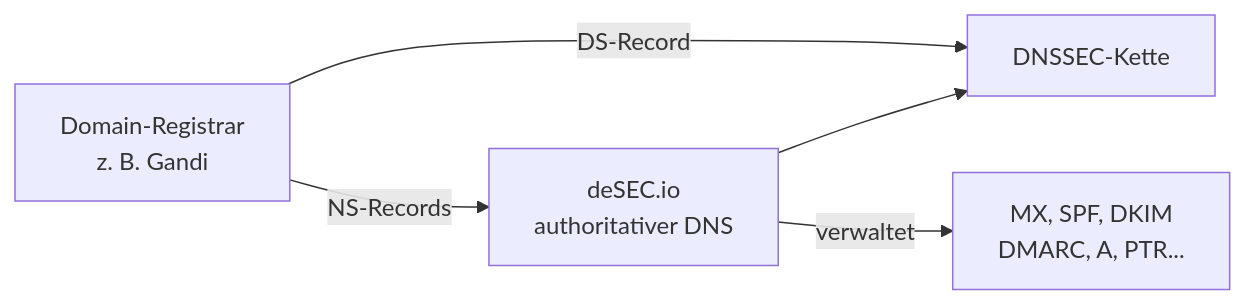
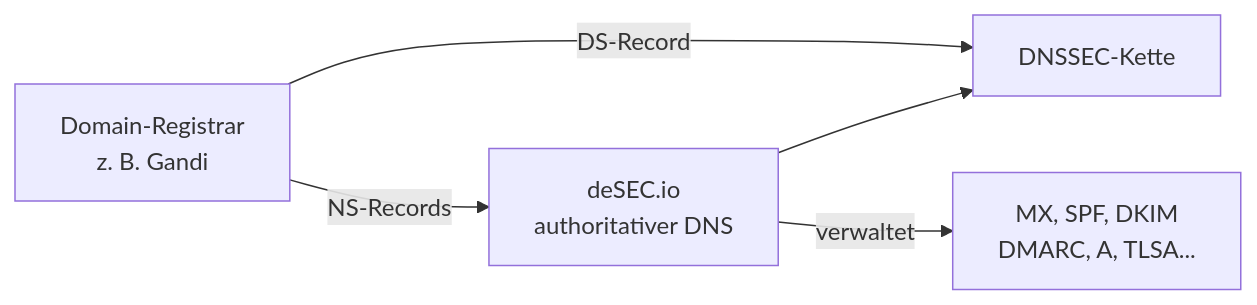
The diagram in docs/01_Planung/05_dns_setup.md (Flo-63/Mailserver-Setup), drawn with Mermaid before and after one commit. The commit also changed other lines of this file and 4 other files, not shown here.

````diff
--- a/docs/01_Planung/05_dns_setup.md
+++ b/docs/01_Planung/05_dns_setup.md
@@ -10,7 +31,7 @@
 ```mermaid
 graph LR
     A[Domain-Registrar<br/>z. B. Gandi] -->|NS-Records| B[deSEC.io<br/>authoritativer DNS]
     A -->|DS-Record| C[DNSSEC-Kette]
     B --> C
-    B -->|verwaltet| D[MX, SPF, DKIM<br/>DMARC, A, PTR...]
+    B -->|verwaltet| D[MX, SPF, DKIM<br/>DMARC, A, TLSA...]
 ```
````
